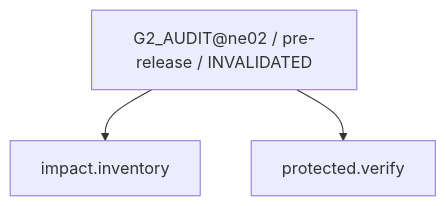
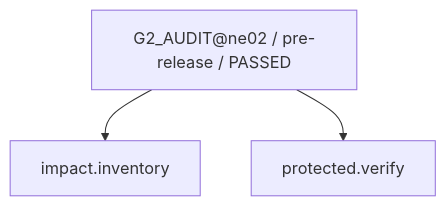
Before and after one commit to rrikunagasige-dot/kyotsu-step-web: diagram 31 of 45 in work/items/W-MATH-036-ne02-n11-n12-guided-design/generated/CAPABILITY_FIRE_DIAGRAM.md, drawn with Mermaid. The commit also changed other lines of this file and 135 other files, not shown here.

````diff
--- a/work/items/W-MATH-036-ne02-n11-n12-guided-design/generated/CAPABILITY_FIRE_DIAGRAM.md
+++ b/work/items/W-MATH-036-ne02-n11-n12-guided-design/generated/CAPABILITY_FIRE_DIAGRAM.md
@@ -507,8 +507,8 @@
 ```mermaid
 flowchart TD
-  N0["G2_AUDIT@ne02 / pre-release / INVALIDATED"]
+  N0["G2_AUDIT@ne02 / pre-release / PASSED"]
   N1["protected.verify"]
   N2["impact.inventory"]
   N0 --> N2
   N0 --> N1
 ```
````
